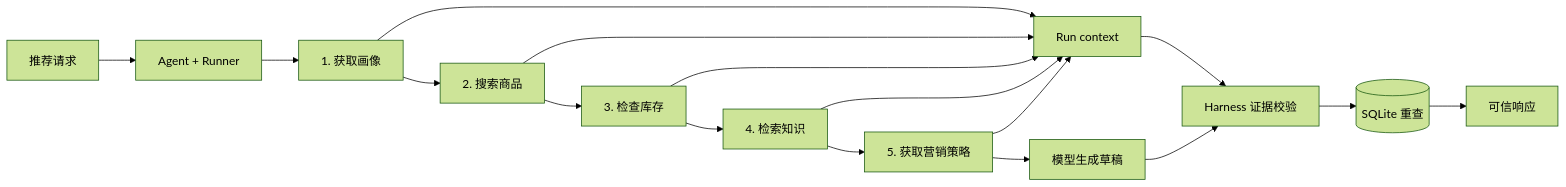
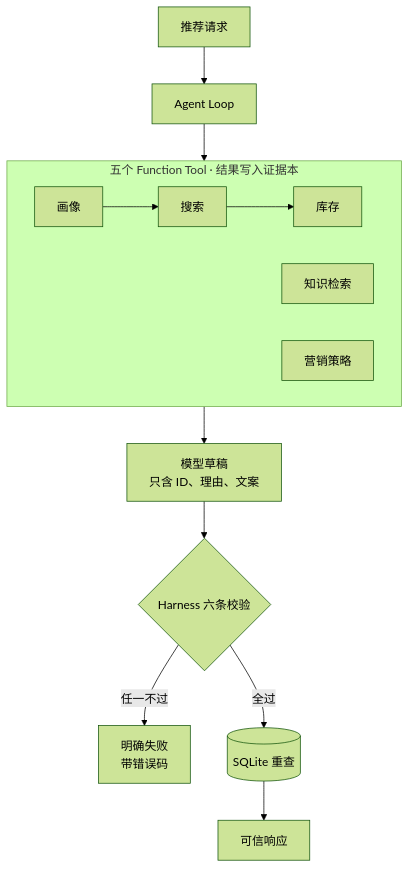
The diagram in README.md (ImWenyaoT/chatty), drawn with Mermaid (forest theme) before and after one commit. The commit also changed other lines of this file and 1 other file, not shown here.

Commit message:
docs: 重做五张 mermaid 图，补 data 目录说明
图
- README 主图：原来五个工具各拉一条线汇到 Run context，五线交叉看不清。
  改成 subgraph 收拢，并把「校验不过就明确失败」这条分支画出来——
  那是这个项目的重点，原图里没有
- architecture 时序图：八个 participant 在窄屏挤成一团，压到五个
  （调用方、Harness、Model、Tool、SQLite），Runner 与 Catalog 这类
  实现细节退到文字里说
- 数据流图：还写着「首次启动或指纹变化」，而指纹校验几个提交前已经
  删掉了，改成「启动时在单个事务内导入」
- 检索流程图：六个节点横排会撑出横向滚动条，合并成四个，细节用 <br/>
  放进节点内
- 输出边界图：补上「六条」和具体的集合关系，与正文表述一致

data 目录
README 的项目结构原先只有一行「JSON、JSONL 可读种子」，现在逐个列出
六份种子各是什么、多少条、干什么用的。

````diff
--- a/README.md
+++ b/README.md
@@ -33,15 +33,18 @@
 ```mermaid
-flowchart LR
-    U["推荐请求"] --> A["Agent + Runner"]
-    A --> T1["1. 获取画像"]
-    T1 --> T2["2. 搜索商品"]
-    T2 --> T3["3. 检查库存"]
-    T3 --> T4["4. 检索知识"]
-    T4 --> T5["5. 获取营销策略"]
-    T5 --> D["模型生成草稿"]
-    T1 & T2 & T3 & T4 & T5 --> C["Run context"]
-    C --> H["Harness 证据校验"]
-    D --> H
-    H --> DB[("SQLite 重查")]
+flowchart TB
+    U["推荐请求"] --> A["Agent Loop"]
+    A --> TOOLS
+
+    subgraph TOOLS["五个 Function Tool · 结果写入证据本"]
+        direction LR
+        T1["画像"] --> T2["搜索"] --> T3["库存"]
+        T4["知识检索"]
+        T5["营销策略"]
+    end
+
+    TOOLS --> D["模型草稿<br/>只含 ID、理由、文案"]
+    D --> H{"Harness 六条校验"}
+    H -->|"任一不过"| F["明确失败<br/>带错误码"]
+    H -->|"全过"| DB[("SQLite 重查")]
     DB --> R["可信响应"]
 ```
````
